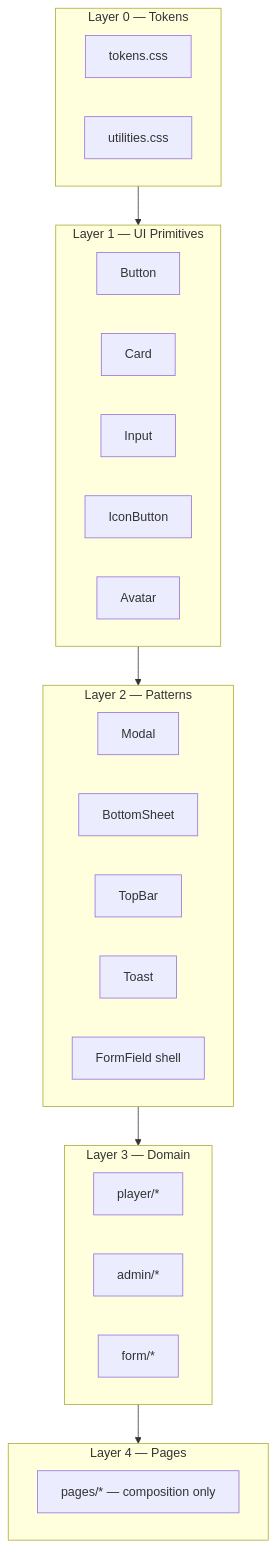
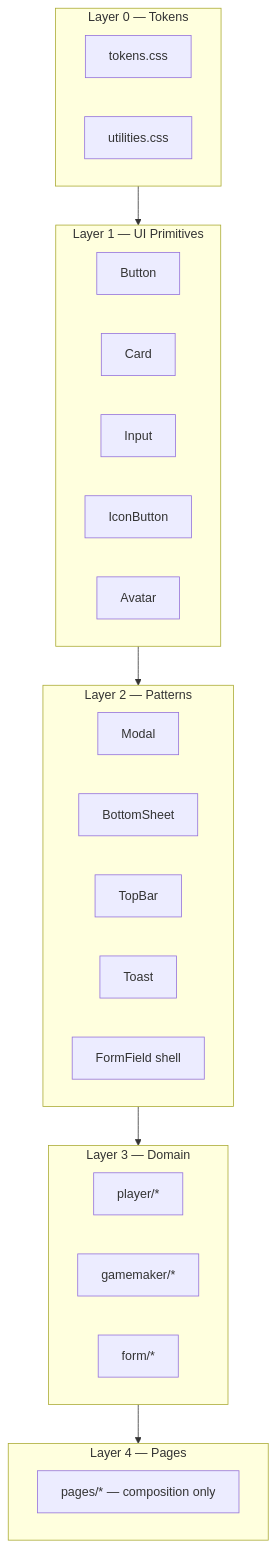
The diagram in design/component-architecture.md (hoonsubin/messe-buddy-app), drawn with Mermaid before and after one commit. The commit also changed other lines of this file and 175 other files, not shown here.

````diff
--- a/design/component-architecture.md
+++ b/design/component-architecture.md
@@ -18,38 +18,38 @@
 ```mermaid
 flowchart TB
   subgraph L0 [Layer 0 — Tokens]
     TC[tokens.css]
     TU[utilities.css]
   end
 
   subgraph L1 [Layer 1 — UI Primitives]
     Btn[Button]
     Card[Card]
     Input[Input]
     IconBtn[IconButton]
     Avatar[Avatar]
   end
 
   subgraph L2 [Layer 2 — Patterns]
     Modal[Modal]
     Sheet[BottomSheet]
     TopBar[TopBar]
     Toast[Toast]
     FormField[FormField shell]
   end
 
   subgraph L3 [Layer 3 — Domain]
     Player[player/*]
-    Admin[admin/*]
+    Gm[gamemaker/*]
     Form[form/*]
   end
 
   subgraph L4 [Layer 4 — Pages]
     Pages[pages/* — composition only]
   end
 
   L0 --> L1
   L1 --> L2
   L2 --> L3
   L3 --> L4
 ```
````
